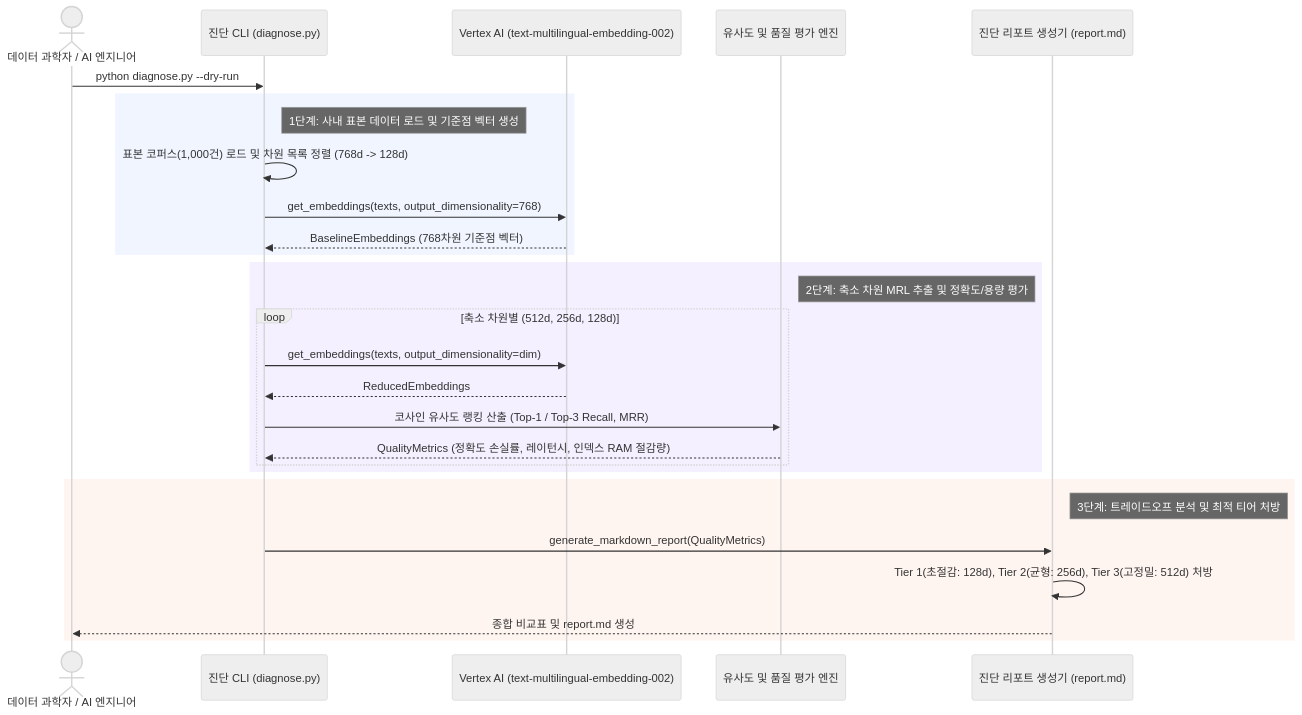
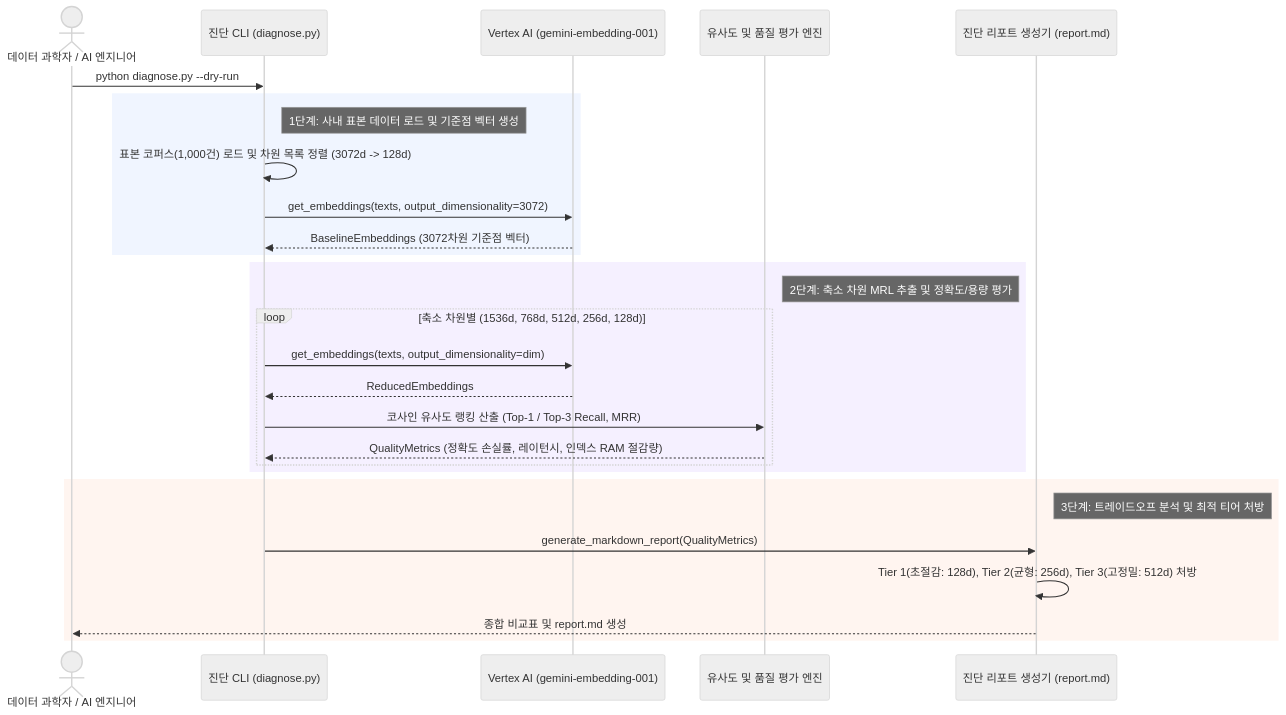
The diagram in samples/embedding-dimension-tradeoff-analyzer/docs/TDD.md (jiangjun-forge/google-cloud-0-to-1), drawn with Mermaid (neutral theme) before and after one commit. The commit also changed other lines of this file and 38 other files, not shown here.

````diff
--- a/samples/embedding-dimension-tradeoff-analyzer/docs/TDD.md
+++ b/samples/embedding-dimension-tradeoff-analyzer/docs/TDD.md
@@ -19,34 +19,34 @@
 ```mermaid
 sequenceDiagram
     actor DS as 데이터 과학자 / AI 엔지니어
     participant CLI as 진단 CLI (diagnose.py)
-    participant Model as Vertex AI (text-multilingual-embedding-002)
+    participant Model as Vertex AI (gemini-embedding-001)
     participant Evaluator as 유사도 및 품질 평가 엔진
     participant Report as 진단 리포트 생성기 (report.md)
 
     DS->>CLI: python diagnose.py --dry-run
     
     rect rgb(240, 245, 255)
     note right of CLI: 1단계: 사내 표본 데이터 로드 및 기준점 벡터 생성
-    CLI->>CLI: 표본 코퍼스(1,000건) 로드 및 차원 목록 정렬 (768d -> 128d)
-    CLI->>Model: get_embeddings(texts, output_dimensionality=768)
-    Model-->>CLI: BaselineEmbeddings (768차원 기준점 벡터)
+    CLI->>CLI: 표본 코퍼스(1,000건) 로드 및 차원 목록 정렬 (3072d -> 128d)
+    CLI->>Model: get_embeddings(texts, output_dimensionality=3072)
+    Model-->>CLI: BaselineEmbeddings (3072차원 기준점 벡터)
     end
 
     rect rgb(245, 240, 255)
     note right of Evaluator: 2단계: 축소 차원 MRL 추출 및 정확도/용량 평가
-    loop 축소 차원별 (512d, 256d, 128d)
+    loop 축소 차원별 (1536d, 768d, 512d, 256d, 128d)
         CLI->>Model: get_embeddings(texts, output_dimensionality=dim)
         Model-->>CLI: ReducedEmbeddings
         CLI->>Evaluator: 코사인 유사도 랭킹 산출 (Top-1 / Top-3 Recall, MRR)
         Evaluator-->>CLI: QualityMetrics (정확도 손실률, 레이턴시, 인덱스 RAM 절감량)
     end
     end
 
     rect rgb(255, 245, 240)
     note right of Report: 3단계: 트레이드오프 분석 및 최적 티어 처방
     CLI->>Report: generate_markdown_report(QualityMetrics)
     Report->>Report: Tier 1(초절감: 128d), Tier 2(균형: 256d), Tier 3(고정밀: 512d) 처방
     Report-->>DS: 종합 비교표 및 report.md 생성
     end
 ```
````
